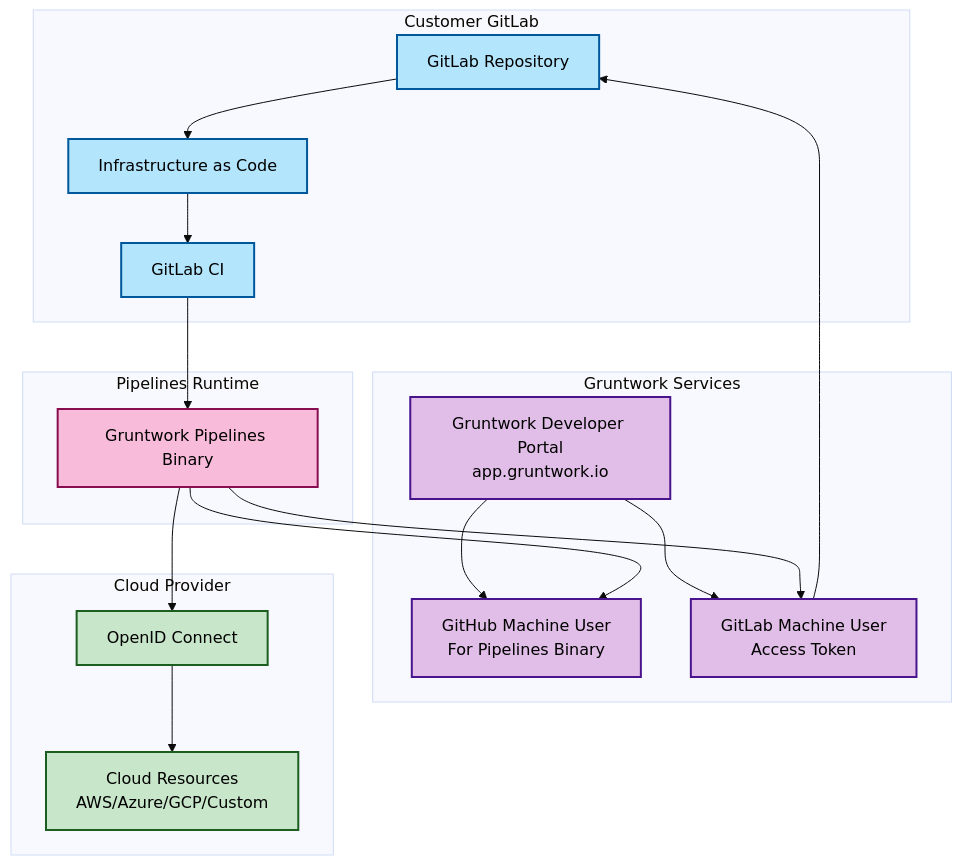
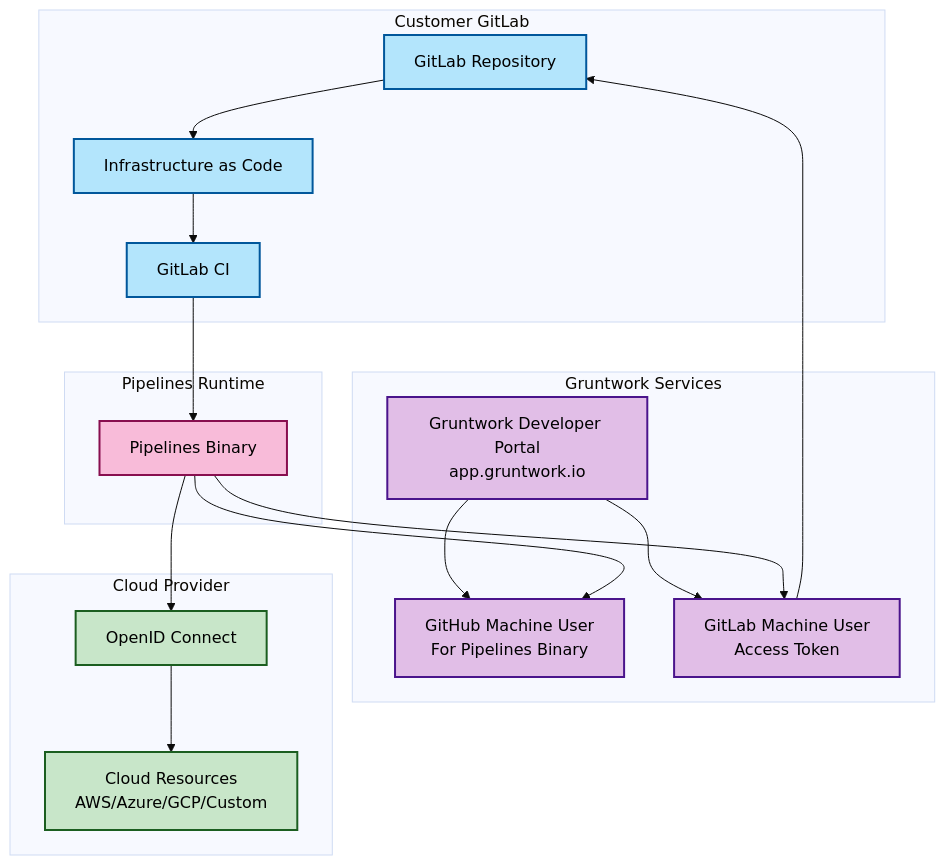
The third of 3 diagrams in docs/2.0/docs/pipelines/architecture/index.md (gruntwork-io/docs), drawn with Mermaid (base theme) before and after one commit. The commit also changed other lines of this file and 72 other files, not shown here.

````diff
--- a/docs/2.0/docs/pipelines/architecture/index.md
+++ b/docs/2.0/docs/pipelines/architecture/index.md
@@ -169,51 +169,51 @@
 ```mermaid
 graph TB
     subgraph "Customer GitLab"
         GL[GitLab Repository]
         GLC[GitLab CI]
         IaC[Infrastructure as Code]
     end
 
     subgraph "Gruntwork Services"
         GDP[Gruntwork Developer Portal<br/>app.gruntwork.io]
         GMU[GitHub Machine User<br/>For Pipelines Binary]
         GLMU[GitLab Machine User<br/>Access Token]
     end
 
     subgraph "Pipelines Runtime"
-        Binary[Gruntwork Pipelines Binary]
+        Binary[Pipelines Binary]
     end
 
     subgraph "Cloud Provider"
         OIDC[OpenID Connect]
         Cloud[Cloud Resources<br/>AWS/Azure/GCP/Custom]
     end
 
     %% Main flow
     GL --> IaC
     IaC --> GLC
     GLC --> Binary
 
     %% Authentication - GitLab
     GDP --> GLMU
     GLMU --> GL
     Binary --> GLMU
 
     %% Authentication - GitHub (for binary download)
     GDP --> GMU
     Binary --> GMU
 
     %% Cloud access
     Binary --> OIDC
     OIDC --> Cloud
 
     classDef customer fill:#b3e5fc,stroke:#01579b,stroke-width:2px,color:#000000
     classDef gruntwork fill:#e1bee7,stroke:#4a148c,stroke-width:2px,color:#000000
     classDef runtime fill:#f8bbd9,stroke:#880e4f,stroke-width:2px,color:#000000
     classDef cloud fill:#c8e6c9,stroke:#1b5e20,stroke-width:2px,color:#000000
 
     class GL,GLC,IaC customer
     class GDP,GMU,GLMU gruntwork
     class Binary runtime
     class OIDC,Cloud cloud
 ```
````
